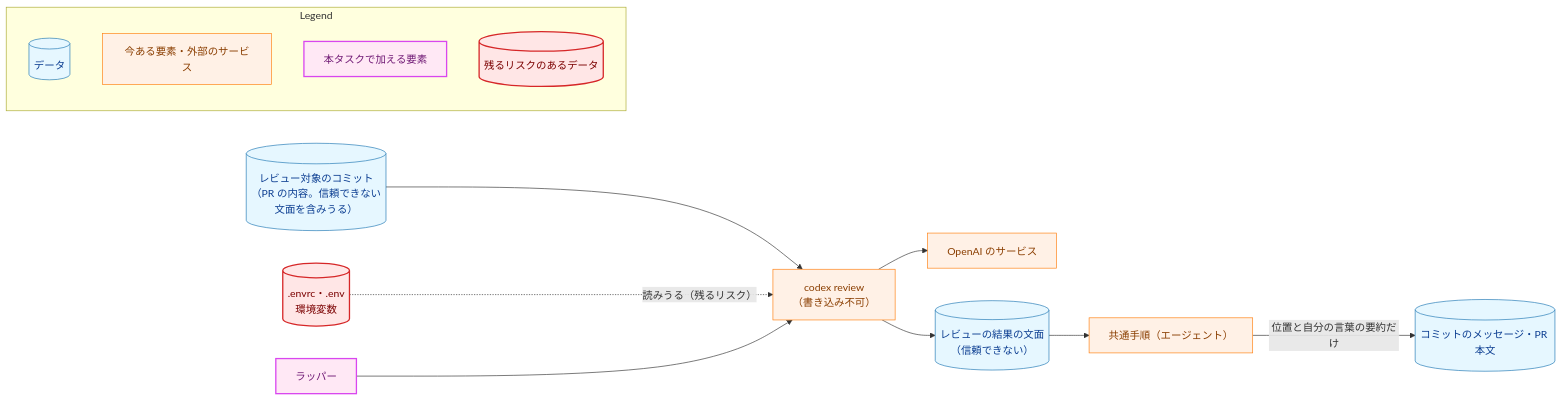
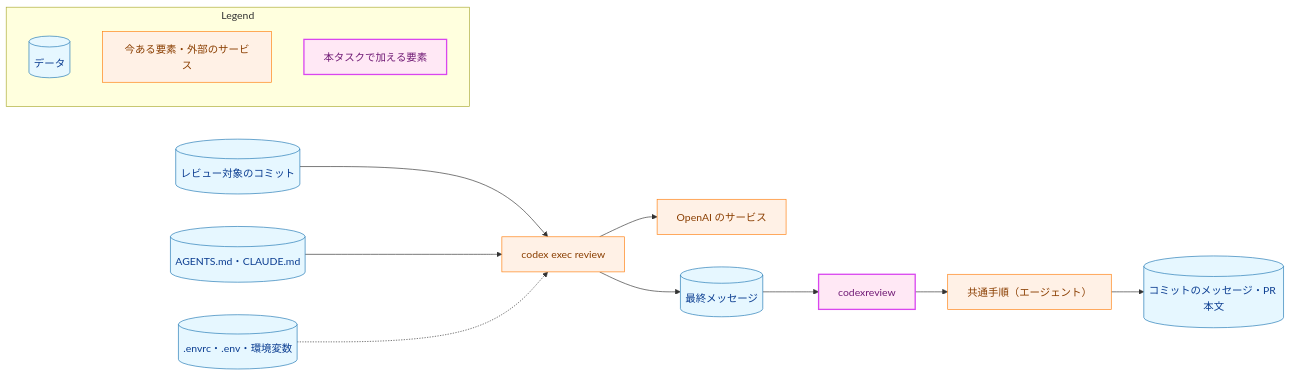
One commit to isseis/yt2column changed the fourth of 5 diagrams in docs/tasks/0049_codex_local_review/02_architecture.md. Above: the diagram before and after it, drawn with Mermaid. The commit also changed other lines of this file and 2 other files, not shown here.

````diff
--- a/docs/tasks/0049_codex_local_review/02_architecture.md
+++ b/docs/tasks/0049_codex_local_review/02_architecture.md
@@ -470,40 +554,38 @@
 ```mermaid
 flowchart LR
     classDef data fill:#e6f7ff,stroke:#1f77b4,stroke-width:1px,color:#0b3d91;
     classDef process fill:#fff1e6,stroke:#ff7f0e,stroke-width:1px,color:#8a3e00;
     classDef newpkg fill:#ffe8f5,stroke:#d946ef,stroke-width:2px,color:#701a75;
-    classDef problem fill:#ffe6e6,stroke:#d62728,stroke-width:2px,color:#7b0000;
 
-    DIFF[("レビュー対象のコミット<br>（PR の内容。信頼できない文面を含みうる）")]
-    SECRET[(".envrc・.env<br>環境変数")]
-    WRAP["ラッパー"]
-    CX["codex review<br>（書き込み不可）"]
+    DIFF[("レビュー対象のコミット")]
+    SECRET[(".envrc・.env・環境変数")]
+    INSTR[("AGENTS.md・CLAUDE.md")]
+    CX["codex exec review"]
     OPENAI["OpenAI のサービス"]
-    RESULT[("レビューの結果の文面<br>（信頼できない）")]
+    MSGFILE[("最終メッセージ")]
+    TOOL["codexreview"]
     AGENT["共通手順（エージェント）"]
     GH[("コミットのメッセージ・PR 本文")]
 
     DIFF --> CX
-    SECRET -.->|"読みうる（残るリスク）"| CX
-    WRAP --> CX
+    INSTR --> CX
+    SECRET -.-> CX
     CX --> OPENAI
-    CX --> RESULT
-    RESULT --> AGENT
-    AGENT -->|"位置と自分の言葉の要約だけ"| GH
+    CX --> MSGFILE
+    MSGFILE --> TOOL
+    TOOL --> AGENT
+    AGENT --> GH
 
-    class DIFF,RESULT,GH data
-    class SECRET problem
+    class DIFF,SECRET,INSTR,MSGFILE,GH data
     class CX,OPENAI,AGENT process
-    class WRAP newpkg
+    class TOOL newpkg
 
     subgraph Legend["Legend"]
         L1[("データ")]
         L2["今ある要素・外部のサービス"]
         L3["本タスクで加える要素"]
-        L4[("残るリスクのあるデータ")]
     end
     class L1 data
     class L2 process
     class L3 newpkg
-    class L4 problem
 ```
````
